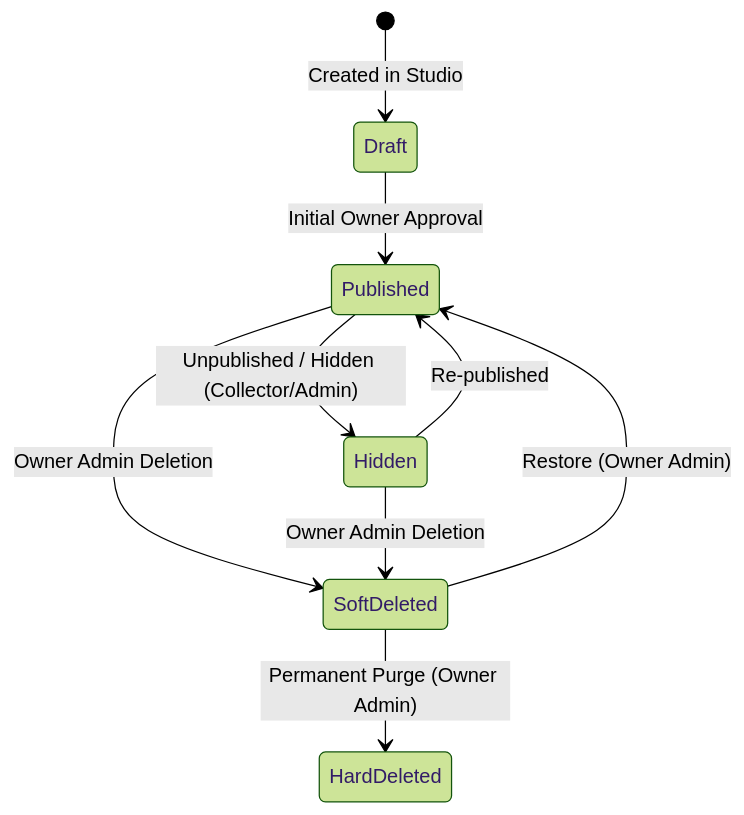
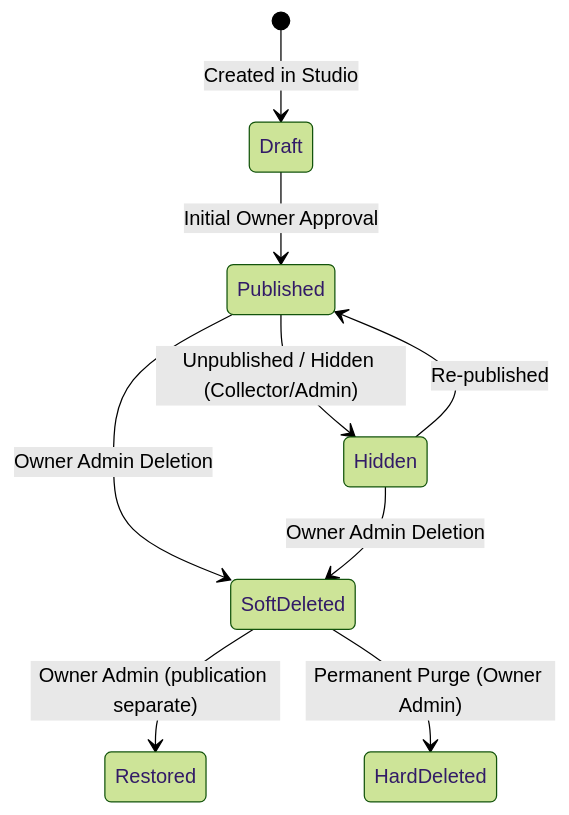
One commit to AbderrahmaneSAOUDI/BiGuess-Game changed the third of 3 diagrams in docs/migration/DECISIONS.md. Above: the diagram before and after it, drawn with Mermaid (forest theme). The commit also changed other lines of this file and 8 other files, not shown here.

````diff
--- a/docs/migration/DECISIONS.md
+++ b/docs/migration/DECISIONS.md
@@ -183,11 +184,11 @@
 ```mermaid
 stateDiagram-v2
     [*] --> Draft: Created in Studio
     Draft --> Published: Initial Owner Approval
     Published --> Hidden: Unpublished / Hidden (Collector/Admin)
     Hidden --> Published: Re-published
     Published --> SoftDeleted: Owner Admin Deletion
     Hidden --> SoftDeleted: Owner Admin Deletion
-    SoftDeleted --> Published: Restore (Owner Admin)
+    SoftDeleted --> Restored: Owner Admin (publication separate)
     SoftDeleted --> HardDeleted: Permanent Purge (Owner Admin)
 ```
````
